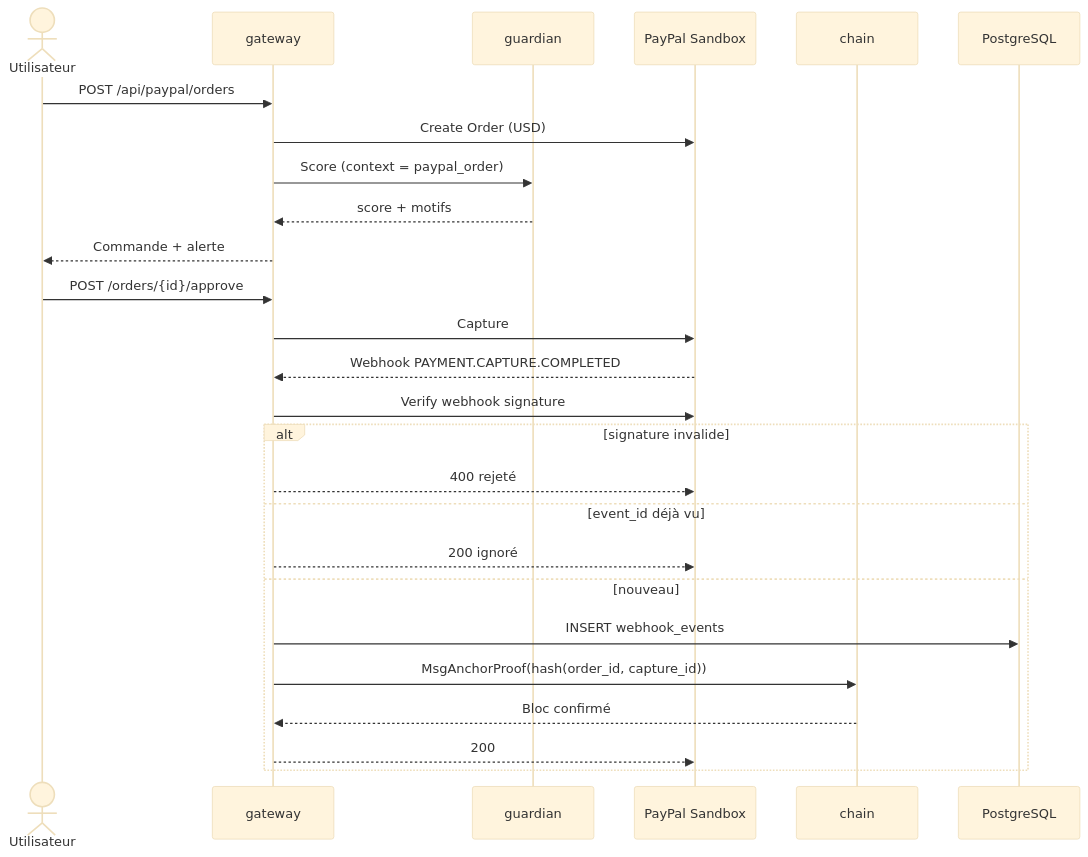
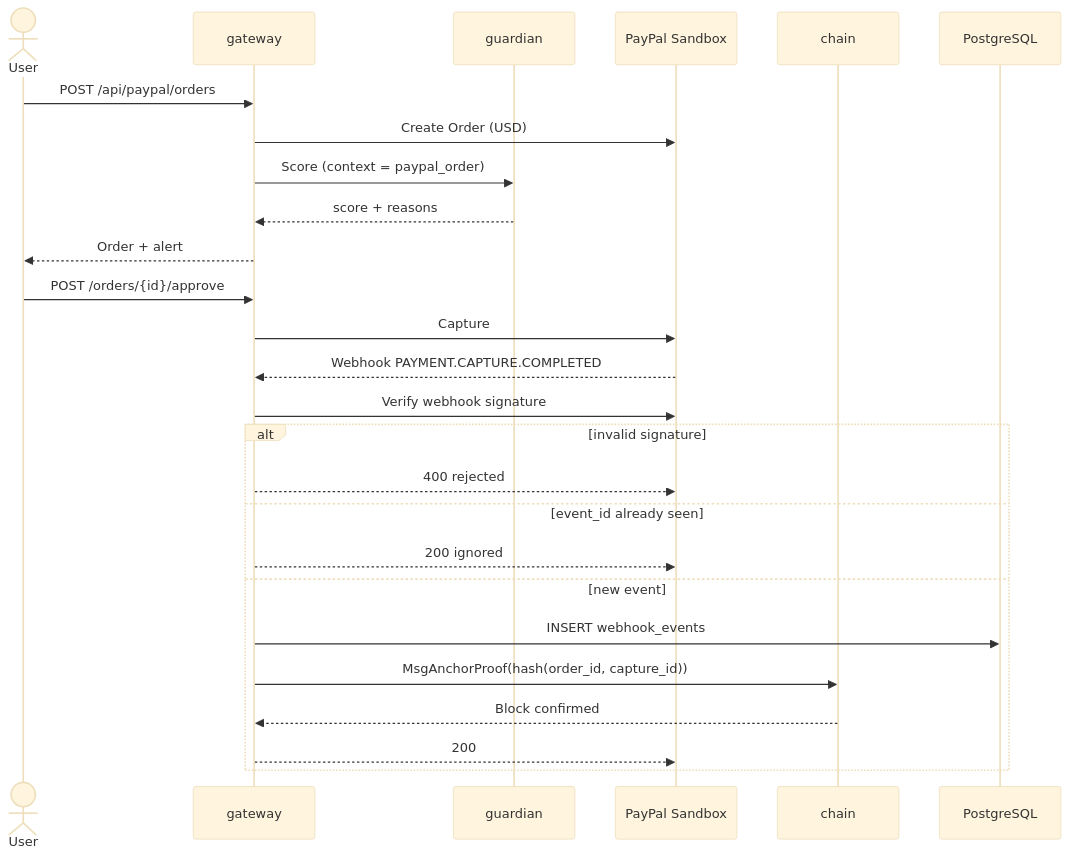
Before and after one commit to joeylukoji/Aurix: the fifth of 10 diagrams in docs/architecture/diagrams.md, drawn with Mermaid (base theme). The commit also changed other lines of this file and 6 other files, not shown here.

````diff
--- a/docs/architecture/diagrams.md
+++ b/docs/architecture/diagrams.md
@@ -99,28 +99,28 @@
 ```mermaid
 sequenceDiagram
-    actor U as Utilisateur
+    actor U as User
     participant G as gateway
     participant N as guardian
     participant P as PayPal Sandbox
     participant C as chain
     participant D as PostgreSQL
     U->>G: POST /api/paypal/orders
     G->>P: Create Order (USD)
     G->>N: Score (context = paypal_order)
-    N-->>G: score + motifs
-    G-->>U: Commande + alerte
+    N-->>G: score + reasons
+    G-->>U: Order + alert
     U->>G: POST /orders/{id}/approve
     G->>P: Capture
     P-->>G: Webhook PAYMENT.CAPTURE.COMPLETED
     G->>P: Verify webhook signature
-    alt signature invalide
-        G-->>P: 400 rejeté
-    else event_id déjà vu
-        G-->>P: 200 ignoré
-    else nouveau
+    alt invalid signature
+        G-->>P: 400 rejected
+    else event_id already seen
+        G-->>P: 200 ignored
+    else new event
         G->>D: INSERT webhook_events
         G->>C: MsgAnchorProof(hash(order_id, capture_id))
-        C-->>G: Bloc confirmé
+        C-->>G: Block confirmed
         G-->>P: 200
     end
 ```
````
